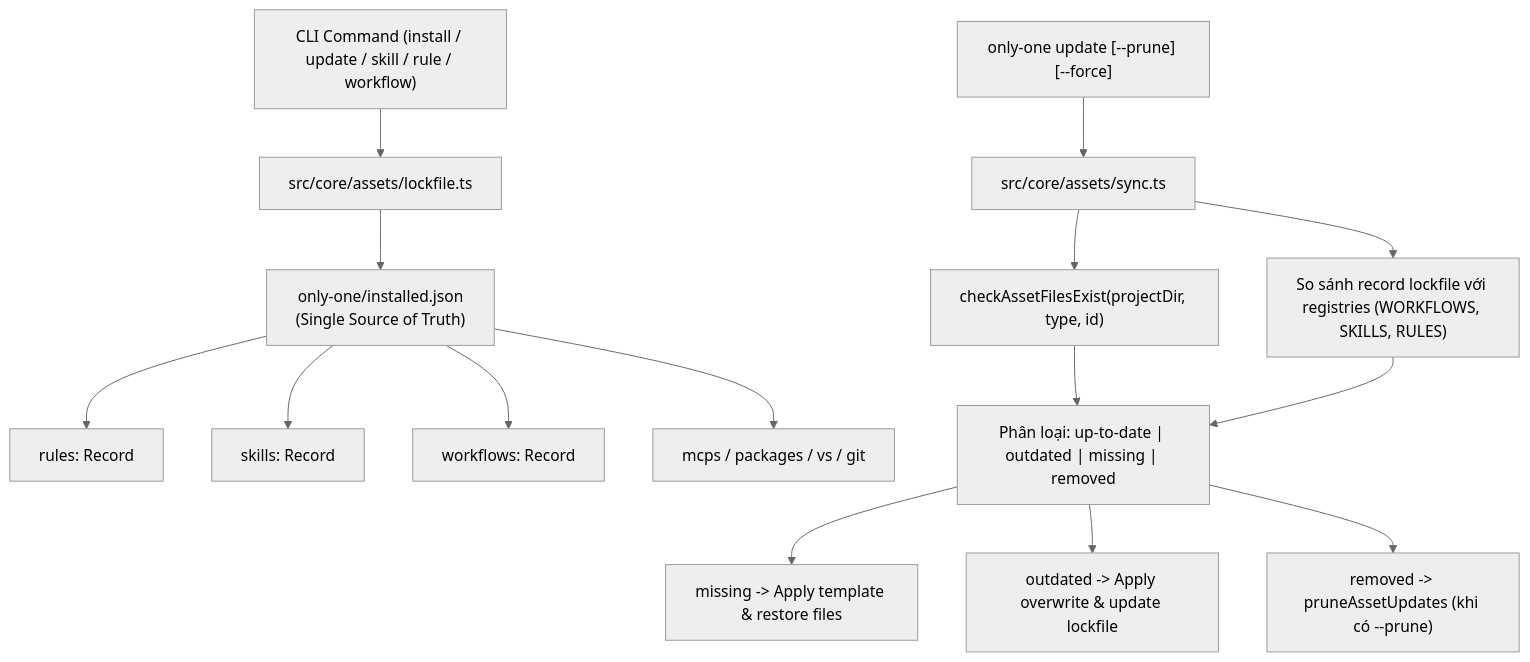
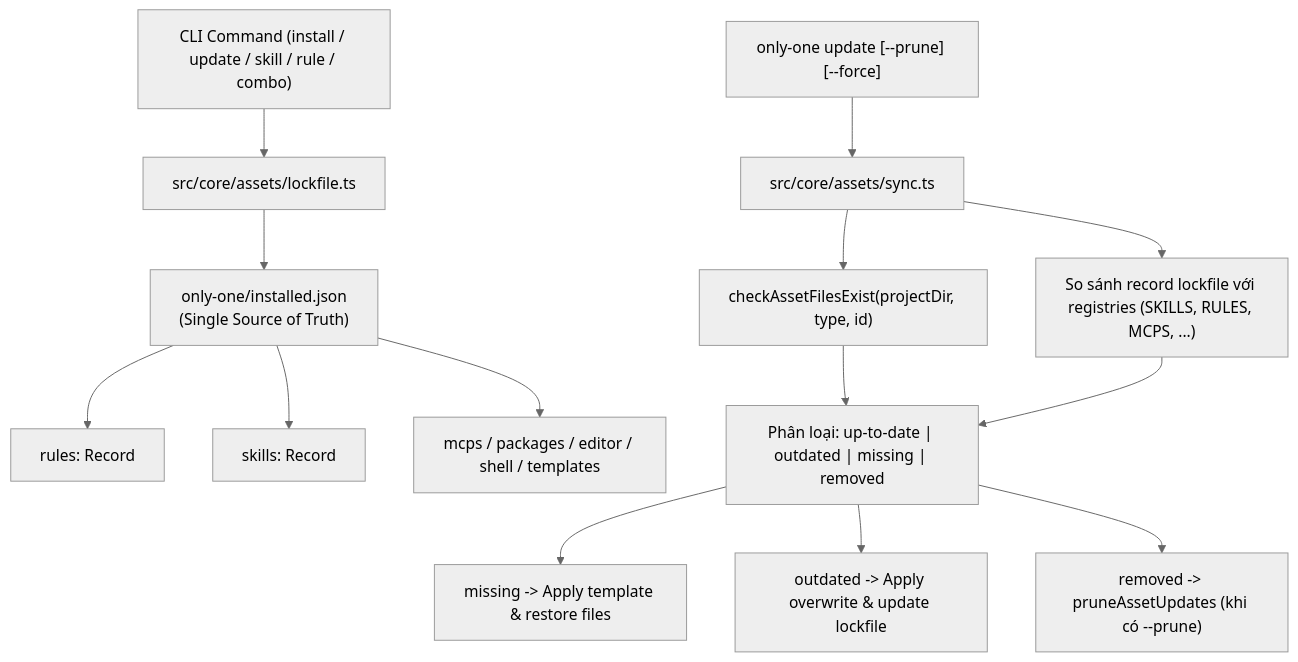
Before and after one commit to Personal-Source-SP/only-one-cli: the diagram in only-one/archives/asset-versioning-and-sync-systems.md, drawn with Mermaid (neutral theme). The commit also changed other lines of this file and 20 other files, not shown here.

Commit message:
docs: add architecture index and domain rules catalogs with tui modernization archive

````diff
--- a/only-one/archives/asset-versioning-and-sync-systems.md
+++ b/only-one/archives/asset-versioning-and-sync-systems.md
@@ -57,17 +54,16 @@
 ```mermaid
 flowchart TD
-    CLI["CLI Command (install / update / skill / rule / workflow)"] --> LockfileMgr["src/core/assets/lockfile.ts"]
+    CLI["CLI Command (install / update / skill / rule / combo)"] --> LockfileMgr["src/core/assets/lockfile.ts"]
     LockfileMgr --> SingleLock["only-one/installed.json\n(Single Source of Truth)"]
     SingleLock --> RulesState["rules: Record<string, InstalledAssetRecord>"]
     SingleLock --> SkillsState["skills: Record<string, InstalledAssetRecord & { remote?: RemoteSkillLockMeta } >"]
-    SingleLock --> WorkflowsState["workflows: Record<string, InstalledAssetRecord>"]
-    SingleLock --> OtherState["mcps / packages / vs / git"]
+    SingleLock --> OtherState["mcps / packages / editor / shell / templates"]
     
     UpdateCmd["only-one update [--prune] [--force]"] --> SyncEngine["src/core/assets/sync.ts"]
     SyncEngine --> CheckDisk["checkAssetFilesExist(projectDir, type, id)"]
-    SyncEngine --> CheckManifests["So sánh record lockfile với registries (WORKFLOWS, SKILLS, RULES)"]
+    SyncEngine --> CheckManifests["So sánh record lockfile với registries (SKILLS, RULES, MCPS, ...)"]
     CheckDisk & CheckManifests --> Compare["Phân loại: up-to-date | outdated | missing | removed"]
     Compare --> AutoRestore["missing -> Apply template & restore files"]
     Compare --> Reconcile["outdated -> Apply overwrite & update lockfile"]
     Compare --> PruneOrphan["removed -> pruneAssetUpdates (khi có --prune)"]
 ```
````
